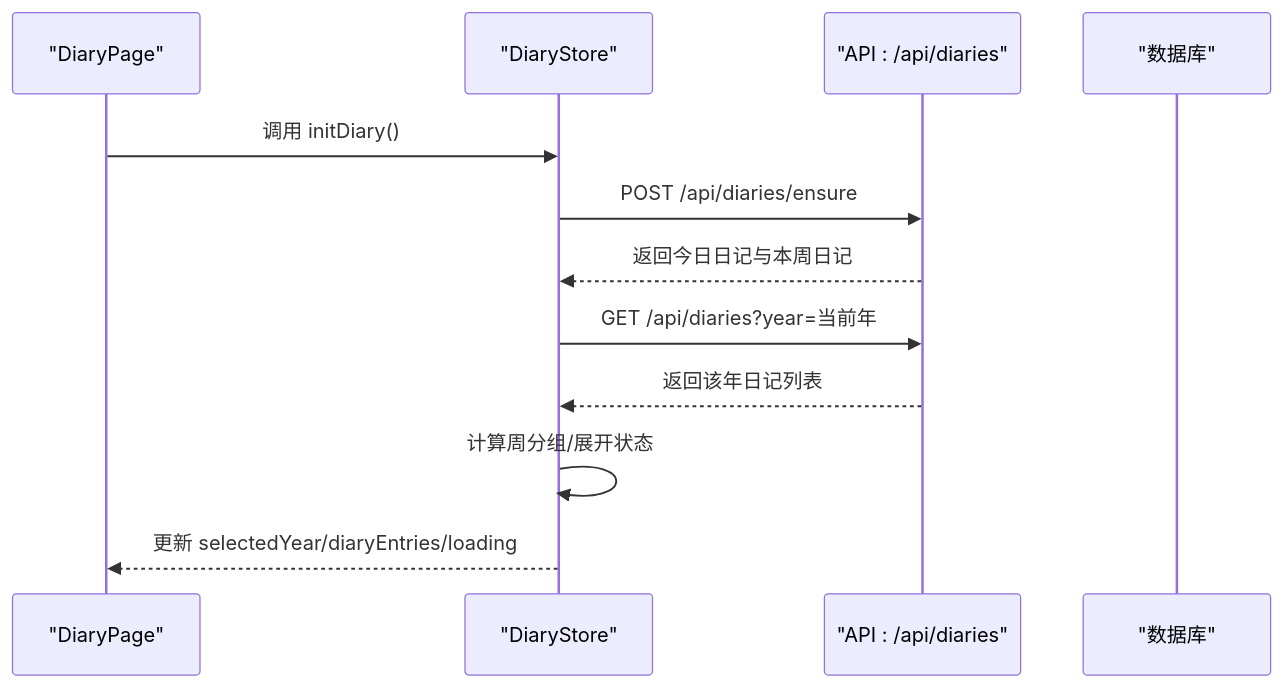
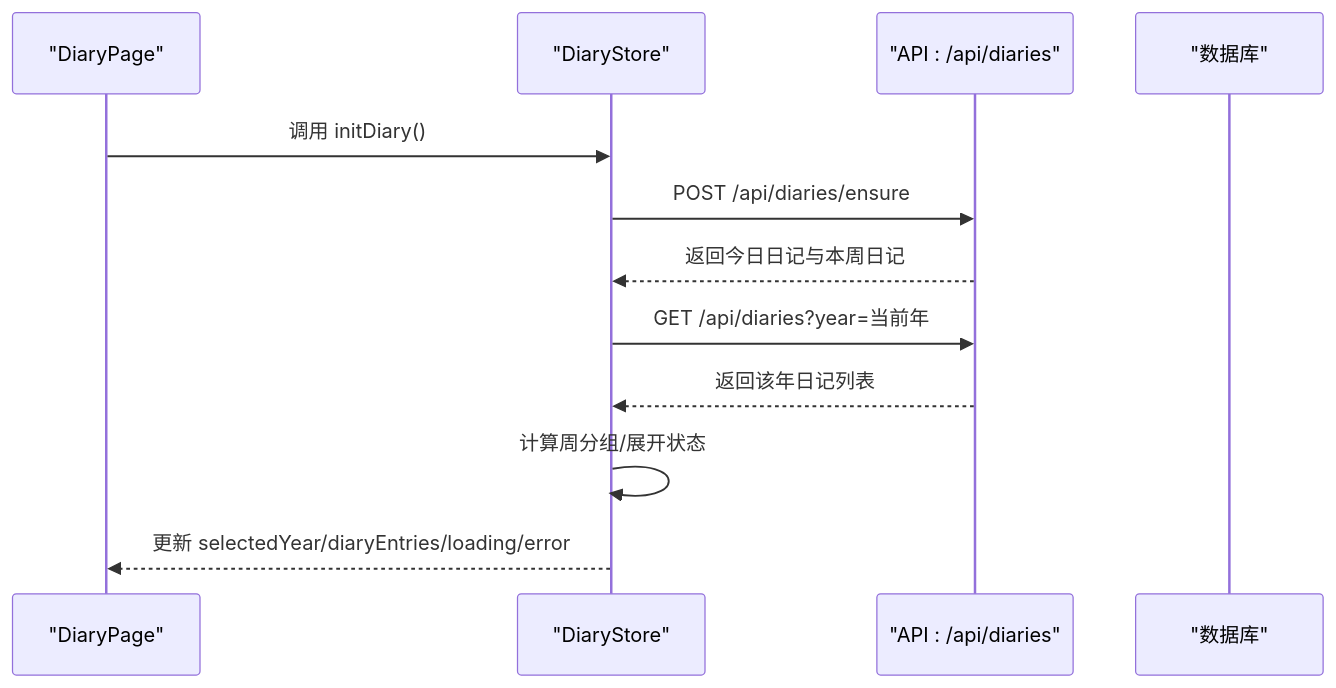
Before and after one commit to BlackBoxRecorder/uninote: the second of 8 diagrams in .qoder/repowiki/zh/content/状态管理/日记状态.md, drawn with Mermaid. The commit also changed other lines of this file and 9 other files, not shown here.

````diff
--- a/.qoder/repowiki/zh/content/状态管理/日记状态.md
+++ b/.qoder/repowiki/zh/content/状态管理/日记状态.md
@@ -123,14 +131,14 @@
 ```mermaid
 sequenceDiagram
 participant UI as "DiaryPage"
 participant Store as "DiaryStore"
 participant API as "API : /api/diaries"
 participant DB as "数据库"
 UI->>Store : 调用 initDiary()
 Store->>API : POST /api/diaries/ensure
 API-->>Store : 返回今日日记与本周日记
 Store->>API : GET /api/diaries?year=当前年
 API-->>Store : 返回该年日记列表
 Store->>Store : 计算周分组/展开状态
-Store-->>UI : 更新 selectedYear/diaryEntries/loading
+Store-->>UI : 更新 selectedYear/diaryEntries/loading/error
 ```
````
